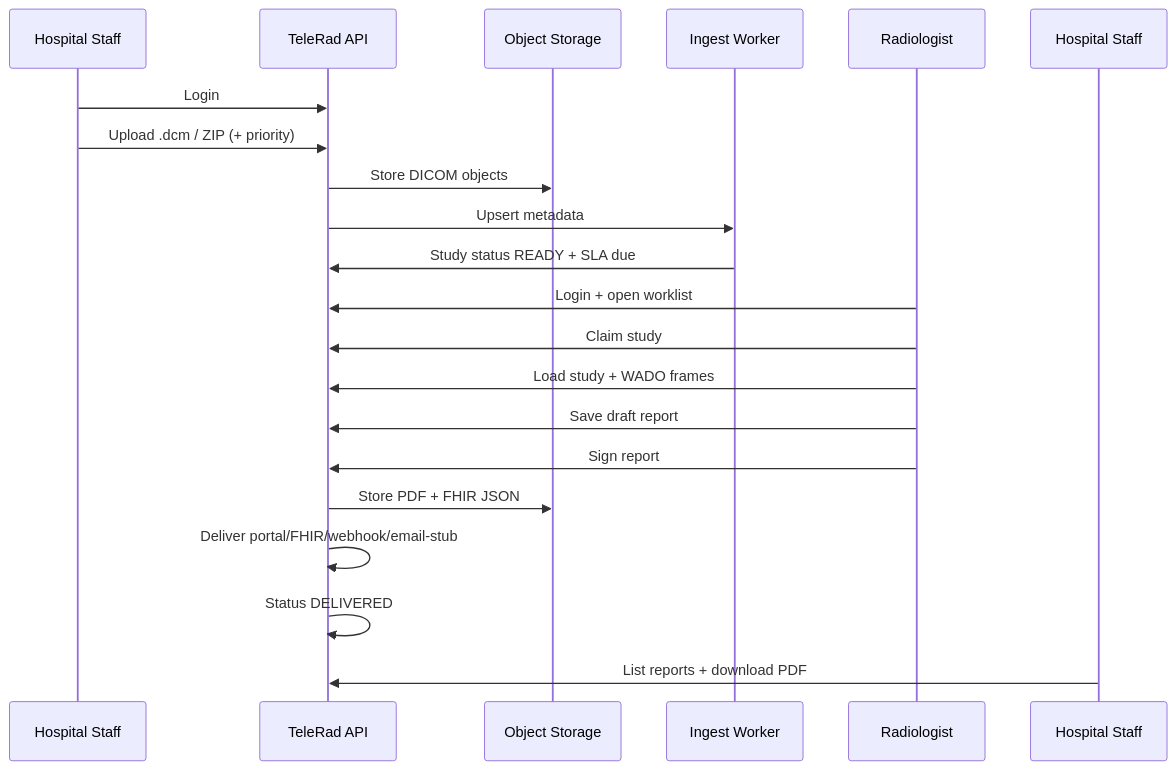
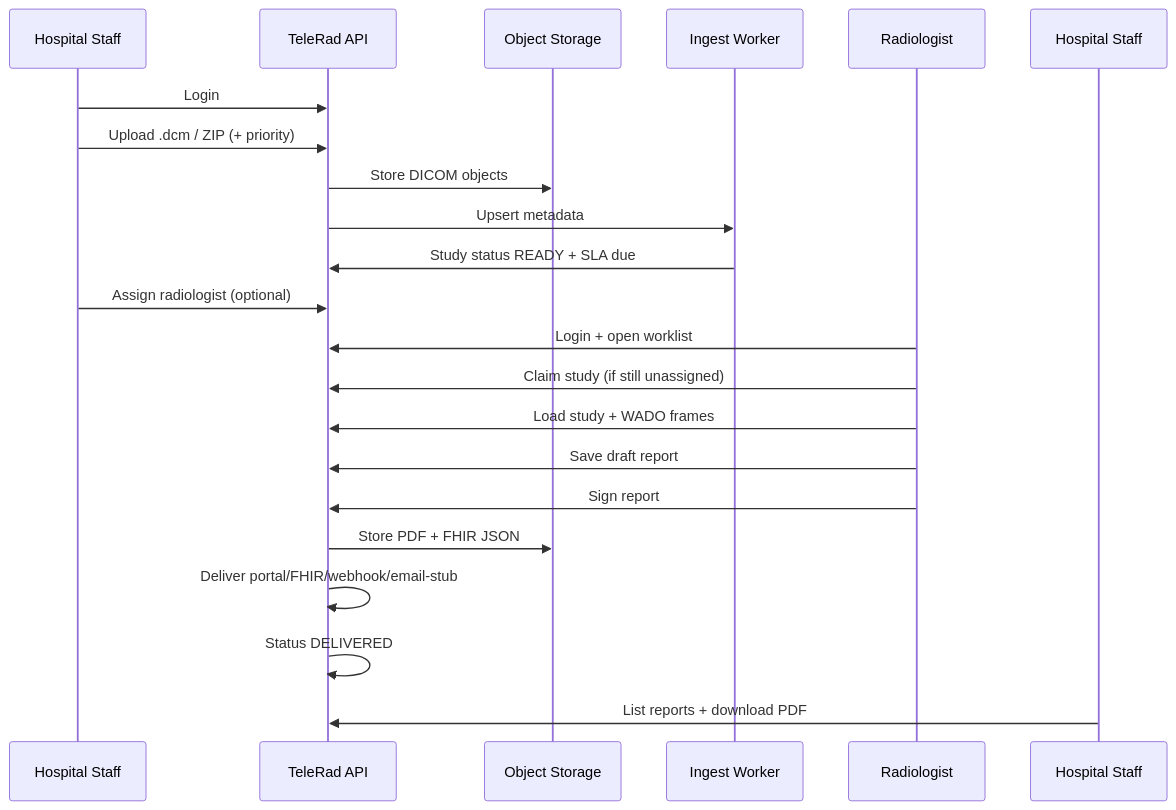
One commit to daviddanial/restaurant-pro-releases changed the diagram in docs/REQUIREMENTS.md. Above: the diagram before and after it, drawn with Mermaid. The commit also changed other lines of this file and 2 other files, not shown here.

First line of the commit message:
Document the hospital assign workflow in Dispatch & Triage.

````diff
--- a/docs/REQUIREMENTS.md
+++ b/docs/REQUIREMENTS.md
@@ -177,24 +178,25 @@
 ```mermaid
 sequenceDiagram
   participant HS as Hospital Staff
   participant API as TeleRad API
   participant ST as Object Storage
   participant W as Ingest Worker
   participant RAD as Radiologist
   participant HS2 as Hospital Staff
 
   HS->>API: Login
   HS->>API: Upload .dcm / ZIP (+ priority)
   API->>ST: Store DICOM objects
   API->>W: Upsert metadata
   W->>API: Study status READY + SLA due
+  HS->>API: Assign radiologist (optional)
   RAD->>API: Login + open worklist
-  RAD->>API: Claim study
+  RAD->>API: Claim study (if still unassigned)
   RAD->>API: Load study + WADO frames
   RAD->>API: Save draft report
   RAD->>API: Sign report
   API->>ST: Store PDF + FHIR JSON
   API->>API: Deliver portal/FHIR/webhook/email-stub
   API->>API: Status DELIVERED
   HS2->>API: List reports + download PDF
 ```
````
